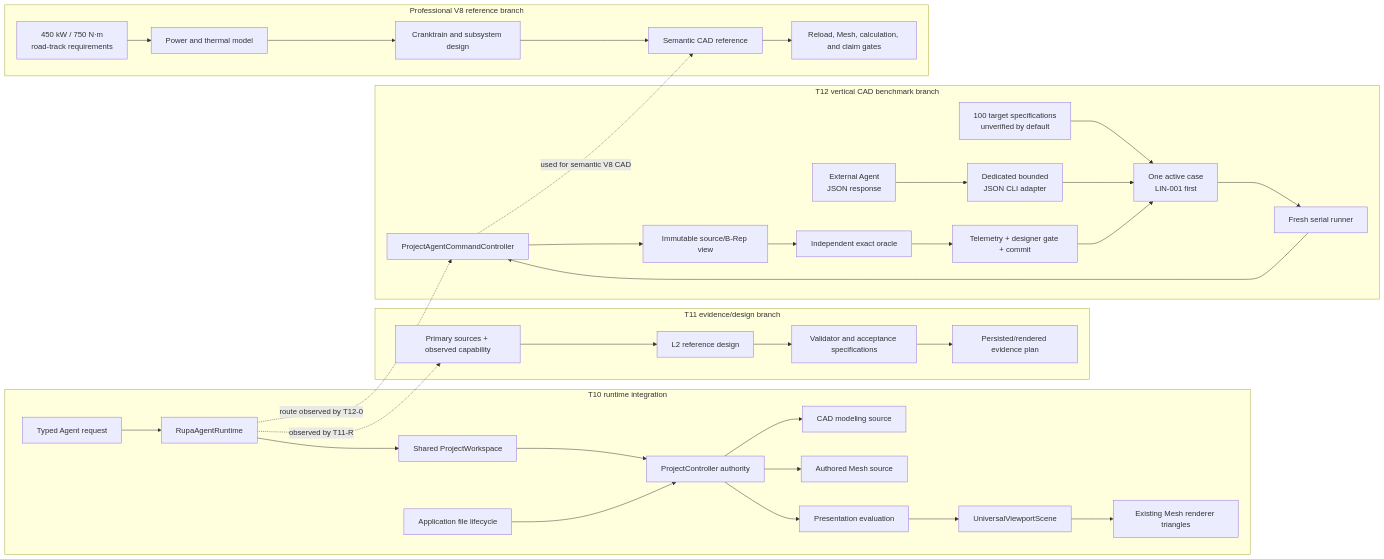
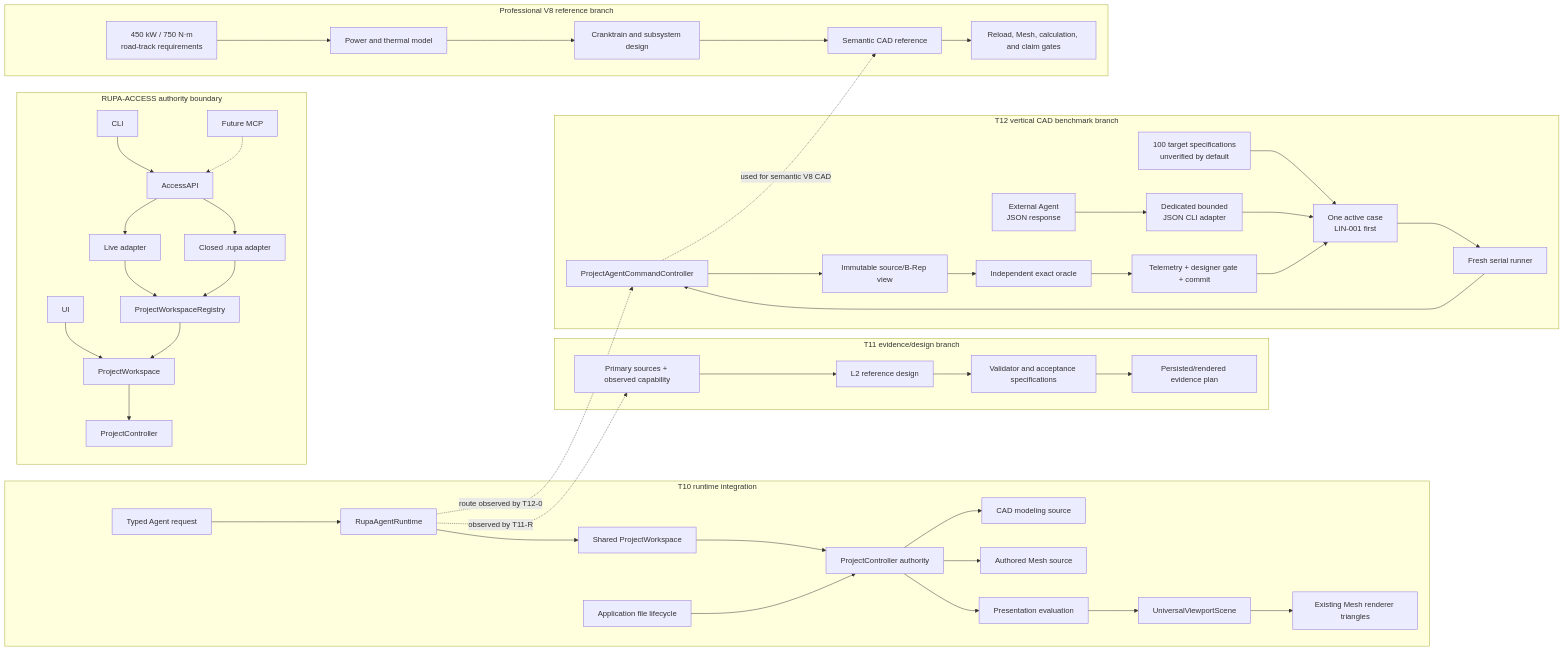
The first of 3 diagrams in DESIGN.md (1amageek/Rupa), drawn with Mermaid before and after one commit. The commit also changed other lines of this file and 38 other files, not shown here.

Commit message:
Define ProjectController project-access authority

````diff
--- a/DESIGN.md
+++ b/DESIGN.md
@@ -63,39 +68,50 @@
 ```mermaid
 flowchart LR
+    subgraph Access["RUPA-ACCESS authority boundary"]
+        UIAccess["UI"] --> WorkspaceAuthority["ProjectWorkspace"]
+        CLIAccess["CLI"] --> AccessAPI
+        MCPAccess["Future MCP"] -.-> AccessAPI
+        AccessAPI --> LiveAdapter["Live adapter"]
+        AccessAPI --> ClosedAdapter["Closed .rupa adapter"]
+        LiveAdapter --> WorkspaceRegistry["ProjectWorkspaceRegistry"]
+        ClosedAdapter --> WorkspaceRegistry
+        WorkspaceRegistry --> WorkspaceAuthority
+        WorkspaceAuthority --> ControllerAuthority["ProjectController"]
+    end
     subgraph T10["T10 runtime integration"]
         Agent["Typed Agent request"] --> Runtime["RupaAgentRuntime"]
         Runtime --> Workspace["Shared ProjectWorkspace"]
         Workspace --> Project["ProjectController authority"]
         Project --> CAD["CAD modeling source"]
         Project --> Mesh["Authored Mesh source"]
         Project --> Eval["Presentation evaluation"]
         Eval --> Scene["UniversalViewportScene"]
         Scene --> Render["Existing Mesh renderer triangles"]
         App["Application file lifecycle"] --> Project
     end
     subgraph T11["T11 evidence/design branch"]
         Sources["Primary sources + observed capability"] --> Reference["L2 reference design"]
         Reference --> Acceptance["Validator and acceptance specifications"]
         Acceptance --> ArtifactEvidence["Persisted/rendered evidence plan"]
     end
     subgraph T12["T12 vertical CAD benchmark branch"]
         Challenge["100 target specifications\nunverified by default"] --> Active["One active case\nLIN-001 first"]
         External["External Agent\nJSON response"] --> Adapter["Dedicated bounded\nJSON CLI adapter"]
         Adapter --> Active
         Active --> Runner["Fresh serial runner"]
         Runner --> AgentRoute["ProjectAgentCommandController"]
         AgentRoute --> SourceSnapshot["Immutable source/B-Rep view"]
         SourceSnapshot --> Oracle["Independent exact oracle"]
         Oracle --> Gate["Telemetry + designer gate + commit"]
         Gate --> Active
     end
     subgraph V8["Professional V8 reference branch"]
         V8Req["450 kW / 750 N·m\nroad-track requirements"] --> V8Thermal["Power and thermal model"]
         V8Thermal --> V8Mechanical["Cranktrain and subsystem design"]
         V8Mechanical --> V8CAD["Semantic CAD reference"]
         V8CAD --> V8Evidence["Reload, Mesh, calculation, and claim gates"]
     end
     Runtime -. "observed by T11-R" .-> Sources
     Runtime -. "route observed by T12-0" .-> AgentRoute
     AgentRoute -. "used for semantic V8 CAD" .-> V8CAD
 ```
````
